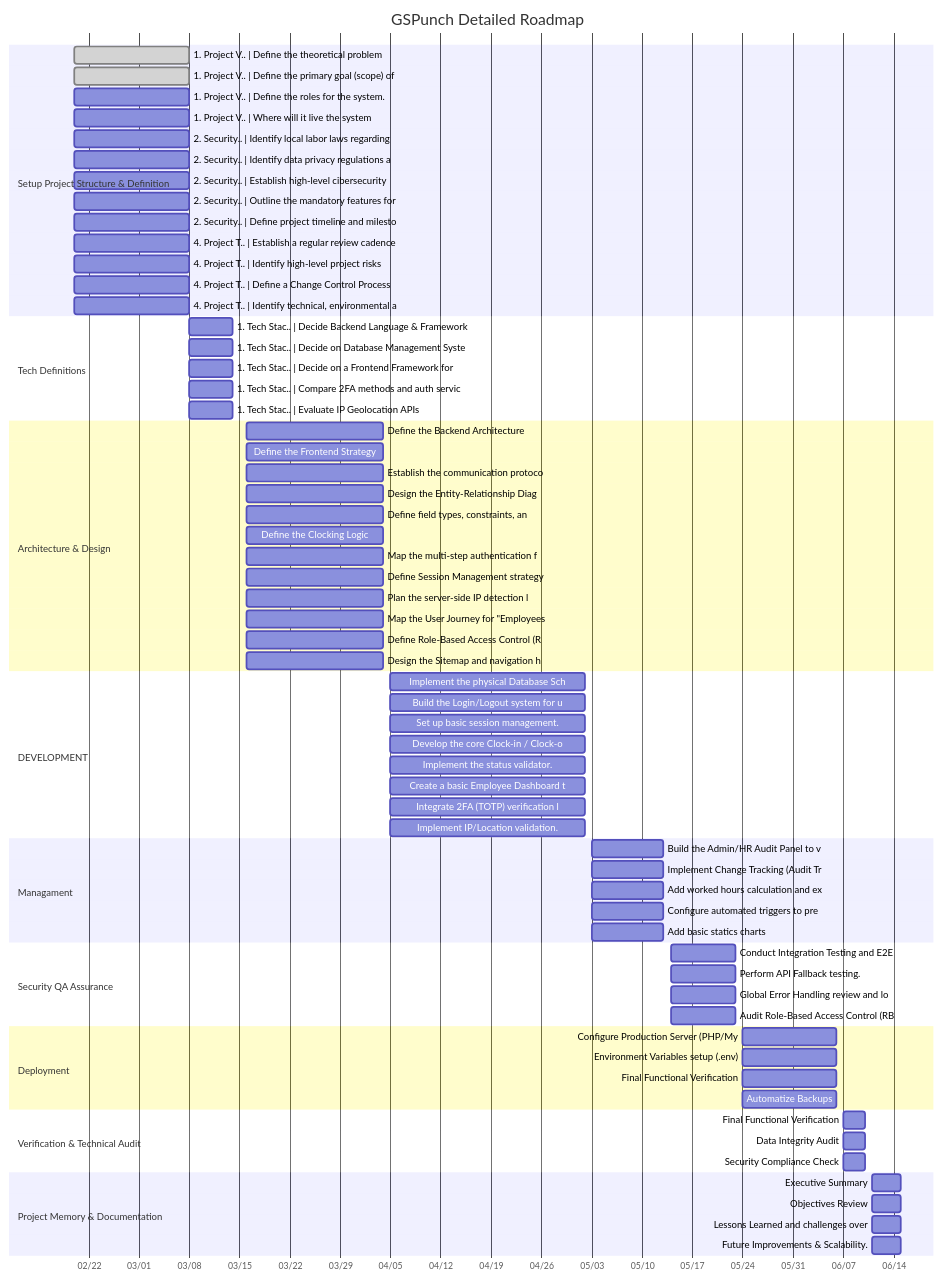
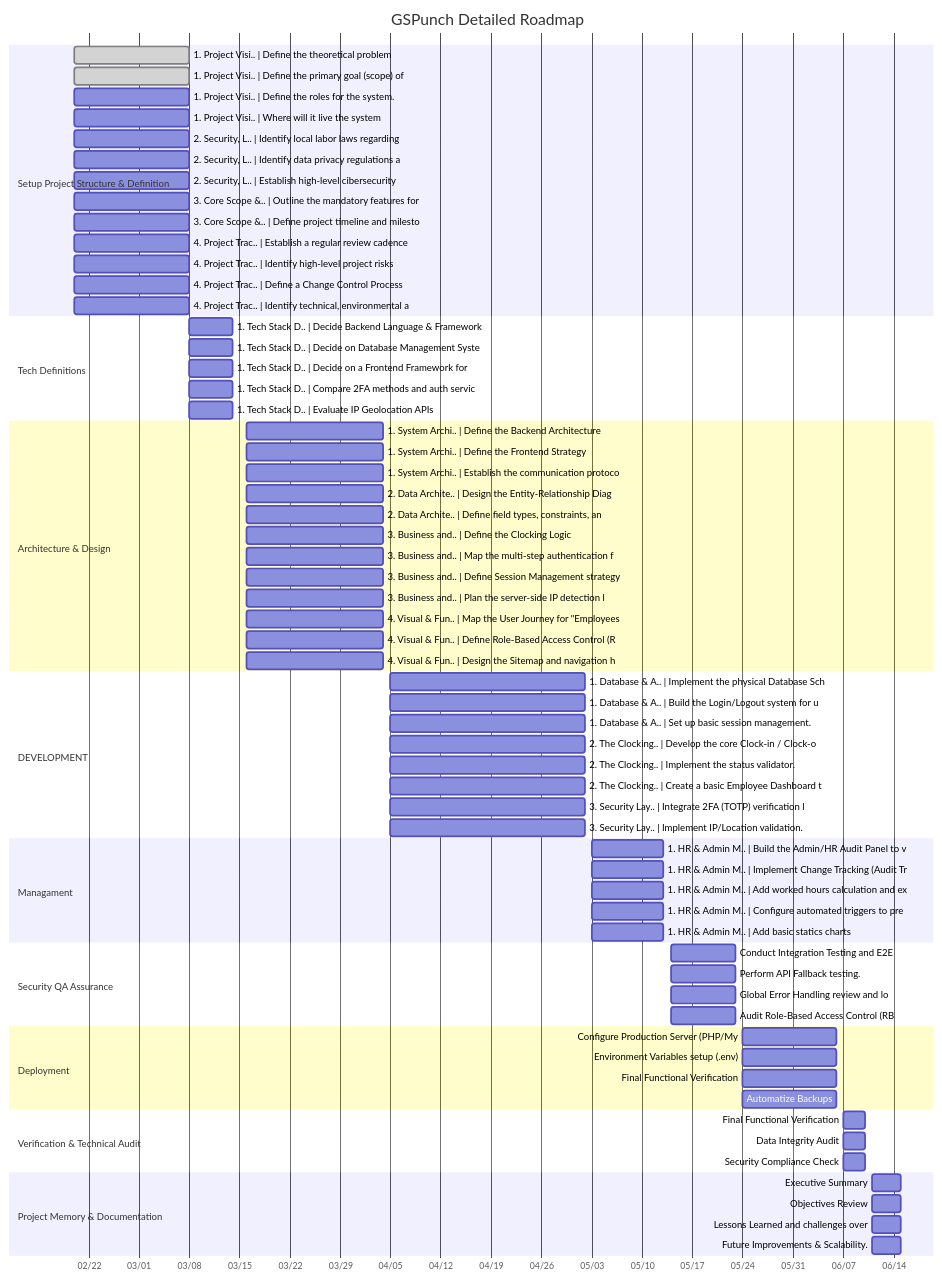
Before and after one commit to jejomoca/GSPunch: the diagram in README.md, drawn with Mermaid.

Commit message:
roadmap sync: 22:53

````diff
--- a/README.md
+++ b/README.md
@@ -3,73 +3,73 @@
 ```mermaid
 gantt
     title GSPunch Detailed Roadmap
     dateFormat YYYY-MM-DD
     axisFormat %m/%d
     section Setup Project Structure & Definition
-    1. Project V.. | Define the theoretical problem : done, 2026-02-20, 2026-03-08
-    1. Project V.. | Define the primary goal (scope) of : done, 2026-02-20, 2026-03-08
-    1. Project V.. | Define the roles for the system. : 2026-02-20, 2026-03-08
-    1. Project V.. | Where will it live the system : 2026-02-20, 2026-03-08
-    2.  Security.. | Identify local labor laws regarding : 2026-02-20, 2026-03-08
-    2.  Security.. | Identify data privacy regulations a : 2026-02-20, 2026-03-08
-    2.  Security.. | Establish high-level cibersecurity : 2026-02-20, 2026-03-08
-    2.  Security.. | Outline the mandatory features for : 2026-02-20, 2026-03-08
-    2.  Security.. | Define project timeline and milesto : 2026-02-20, 2026-03-08
-    4. Project T.. | Establish a regular review cadence : 2026-02-20, 2026-03-08
-    4. Project T.. | Identify high-level project risks : 2026-02-20, 2026-03-08
-    4. Project T.. | Define a Change Control Process : 2026-02-20, 2026-03-08
-    4. Project T.. | Identify technical, environmental a : 2026-02-20, 2026-03-08
+    1. Project Visi.. | Define the theoretical problem : done, 2026-02-20, 2026-03-08
+    1. Project Visi.. | Define the primary goal (scope) of : done, 2026-02-20, 2026-03-08
+    1. Project Visi.. | Define the roles for the system. : 2026-02-20, 2026-03-08
+    1. Project Visi.. | Where will it live the system : 2026-02-20, 2026-03-08
+    2.  Security, L.. | Identify local labor laws regarding : 2026-02-20, 2026-03-08
+    2.  Security, L.. | Identify data privacy regulations a : 2026-02-20, 2026-03-08
+    2.  Security, L.. | Establish high-level cibersecurity : 2026-02-20, 2026-03-08
+    3. Core Scope &.. | Outline the mandatory features for : 2026-02-20, 2026-03-08
+    3. Core Scope &.. | Define project timeline and milesto : 2026-02-20, 2026-03-08
+    4. Project Trac.. | Establish a regular review cadence : 2026-02-20, 2026-03-08
+    4. Project Trac.. | Identify high-level project risks : 2026-02-20, 2026-03-08
+    4. Project Trac.. | Define a Change Control Process : 2026-02-20, 2026-03-08
+    4. Project Trac.. | Identify technical, environmental a : 2026-02-20, 2026-03-08
     section Tech Definitions
-    1. Tech Stac.. | Decide Backend Language & Framework : 2026-03-08, 2026-03-14
-    1. Tech Stac.. | Decide on Database Management Syste : 2026-03-08, 2026-03-14
-    1. Tech Stac.. | Decide on a Frontend Framework for : 2026-03-08, 2026-03-14
-    1. Tech Stac.. | Compare 2FA methods and auth servic : 2026-03-08, 2026-03-14
-    1. Tech Stac.. | Evaluate IP Geolocation APIs : 2026-03-08, 2026-03-14
+    1. Tech Stack D.. | Decide Backend Language & Framework : 2026-03-08, 2026-03-14
+    1. Tech Stack D.. | Decide on Database Management Syste : 2026-03-08, 2026-03-14
+    1. Tech Stack D.. | Decide on a Frontend Framework for : 2026-03-08, 2026-03-14
+    1. Tech Stack D.. | Compare 2FA methods and auth servic : 2026-03-08, 2026-03-14
+    1. Tech Stack D.. | Evaluate IP Geolocation APIs : 2026-03-08, 2026-03-14
     section Architecture & Design
-    Define the Backend Architecture : 2026-03-16, 2026-04-04
-    Define the Frontend Strategy : 2026-03-16, 2026-04-04
-    Establish the communication protoco : 2026-03-16, 2026-04-04
-    Design the Entity-Relationship Diag : 2026-03-16, 2026-04-04
-    Define field types, constraints, an : 2026-03-16, 2026-04-04
-    Define the Clocking Logic : 2026-03-16, 2026-04-04
-    Map the multi-step authentication f : 2026-03-16, 2026-04-04
-    Define Session Management strategy : 2026-03-16, 2026-04-04
-    Plan the server-side IP detection l : 2026-03-16, 2026-04-04
-    Map the User Journey for "Employees : 2026-03-16, 2026-04-04
-    Define Role-Based Access Control (R : 2026-03-16, 2026-04-04
-    Design the Sitemap and navigation h : 2026-03-16, 2026-04-04
+    1. System Archi.. | Define the Backend Architecture : 2026-03-16, 2026-04-04
+    1. System Archi.. | Define the Frontend Strategy : 2026-03-16, 2026-04-04
+    1. System Archi.. | Establish the communication protoco : 2026-03-16, 2026-04-04
+    2. Data Archite.. | Design the Entity-Relationship Diag : 2026-03-16, 2026-04-04
+    2. Data Archite.. | Define field types, constraints, an : 2026-03-16, 2026-04-04
+    3. Business and.. | Define the Clocking Logic : 2026-03-16, 2026-04-04
+    3. Business and.. | Map the multi-step authentication f : 2026-03-16, 2026-04-04
+    3. Business and.. | Define Session Management strategy : 2026-03-16, 2026-04-04
+    3. Business and.. | Plan the server-side IP detection l : 2026-03-16, 2026-04-04
+    4. Visual & Fun.. | Map the User Journey for "Employees : 2026-03-16, 2026-04-04
+    4. Visual & Fun.. | Define Role-Based Access Control (R : 2026-03-16, 2026-04-04
+    4. Visual & Fun.. | Design the Sitemap and navigation h : 2026-03-16, 2026-04-04
     section DEVELOPMENT
-    Implement the physical Database Sch : 2026-04-05, 2026-05-02
-    Build the Login/Logout system for u : 2026-04-05, 2026-05-02
-    Set up basic session management. : 2026-04-05, 2026-05-02
-    Develop the core Clock-in / Clock-o : 2026-04-05, 2026-05-02
-    Implement the status validator. : 2026-04-05, 2026-05-02
-    Create a basic Employee Dashboard t : 2026-04-05, 2026-05-02
-    Integrate 2FA (TOTP) verification l : 2026-04-05, 2026-05-02
-    Implement IP/Location validation. : 2026-04-05, 2026-05-02
+    1. Database & A.. | Implement the physical Database Sch : 2026-04-05, 2026-05-02
+    1. Database & A.. | Build the Login/Logout system for u : 2026-04-05, 2026-05-02
+    1. Database & A.. | Set up basic session management. : 2026-04-05, 2026-05-02
+    2. The Clocking.. | Develop the core Clock-in / Clock-o : 2026-04-05, 2026-05-02
+    2. The Clocking.. | Implement the status validator. : 2026-04-05, 2026-05-02
+    2. The Clocking.. | Create a basic Employee Dashboard t : 2026-04-05, 2026-05-02
+    3. Security Lay.. | Integrate 2FA (TOTP) verification l : 2026-04-05, 2026-05-02
+    3. Security Lay.. | Implement IP/Location validation. : 2026-04-05, 2026-05-02
     section Managament
-    Build the Admin/HR Audit Panel to v : 2026-05-03, 2026-05-13
-    Implement Change Tracking (Audit Tr : 2026-05-03, 2026-05-13
-    Add worked hours calculation and ex : 2026-05-03, 2026-05-13
-    Configure automated triggers to pre : 2026-05-03, 2026-05-13
-    Add basic statics charts : 2026-05-03, 2026-05-13
+    1. HR & Admin M.. | Build the Admin/HR Audit Panel to v : 2026-05-03, 2026-05-13
+    1. HR & Admin M.. | Implement Change Tracking (Audit Tr : 2026-05-03, 2026-05-13
+    1. HR & Admin M.. | Add worked hours calculation and ex : 2026-05-03, 2026-05-13
+    1. HR & Admin M.. | Configure automated triggers to pre : 2026-05-03, 2026-05-13
+    1. HR & Admin M.. | Add basic statics charts : 2026-05-03, 2026-05-13
     section Security QA Assurance
     Conduct Integration Testing and E2E : 2026-05-14, 2026-05-23
     Perform API Fallback testing. : 2026-05-14, 2026-05-23
     Global Error Handling review and lo : 2026-05-14, 2026-05-23
     Audit Role-Based Access Control (RB : 2026-05-14, 2026-05-23
     section Deployment
     Configure Production Server (PHP/My : 2026-05-24, 2026-06-06
     Environment Variables setup (.env) : 2026-05-24, 2026-06-06
     Final Functional Verification : 2026-05-24, 2026-06-06
     Automatize Backups : 2026-05-24, 2026-06-06
     section Verification & Technical Audit
     Final Functional Verification: Run : 2026-06-07, 2026-06-10
     Data Integrity Audit: Ensure that t : 2026-06-07, 2026-06-10
     Security Compliance Check : 2026-06-07, 2026-06-10
     section Project Memory & Documentation
     Executive Summary : 2026-06-11, 2026-06-15
     Objectives Review : 2026-06-11, 2026-06-15
     Lessons Learned and challenges over : 2026-06-11, 2026-06-15
     Future Improvements & Scalability. : 2026-06-11, 2026-06-15
 ```
````
